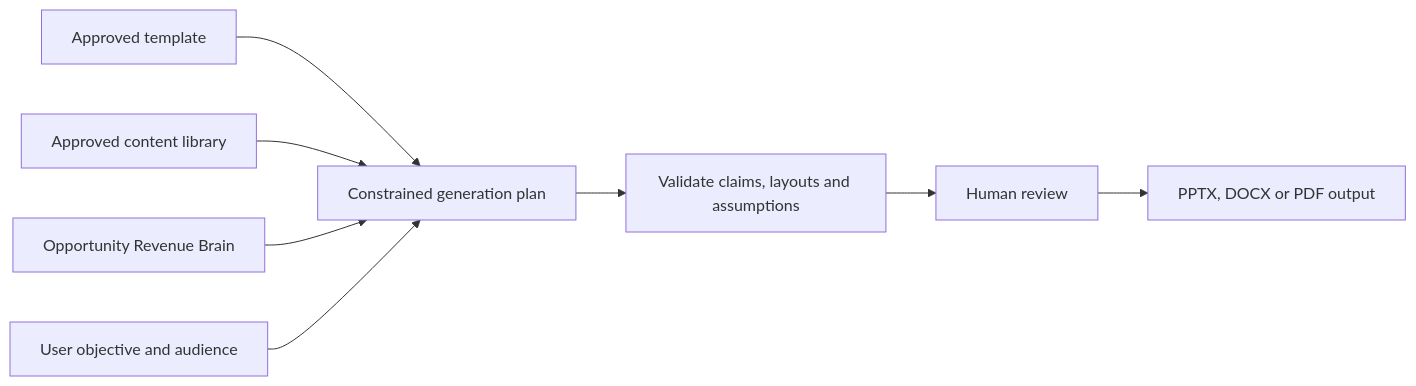
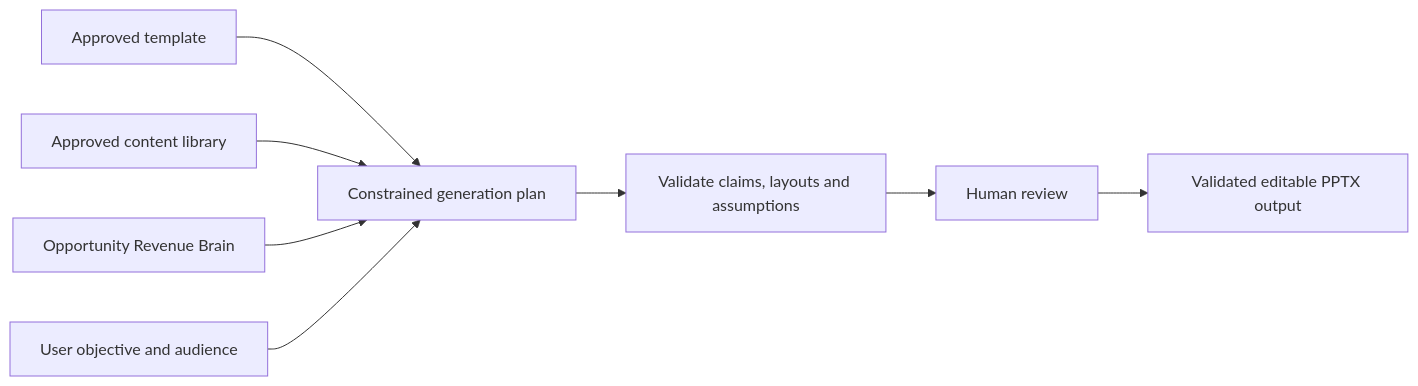
The diagram in docs/01-product/revenueos-create.md (KevinFinnerty2205/revenueos), drawn with Mermaid before and after one commit. The commit also changed other lines of this file and 86 other files, not shown here.

````diff
--- a/docs/01-product/revenueos-create.md
+++ b/docs/01-product/revenueos-create.md
@@ -41,10 +43,10 @@
 ```mermaid
 flowchart LR
     T["Approved template"] --> G["Constrained generation plan"]
     L["Approved content library"] --> G
     B["Opportunity Revenue Brain"] --> G
     O["User objective and audience"] --> G
     G --> V["Validate claims, layouts and assumptions"]
     V --> R["Human review"]
-    R --> X["PPTX, DOCX or PDF output"]
+    R --> X["Validated editable PPTX output"]
 ```
````
